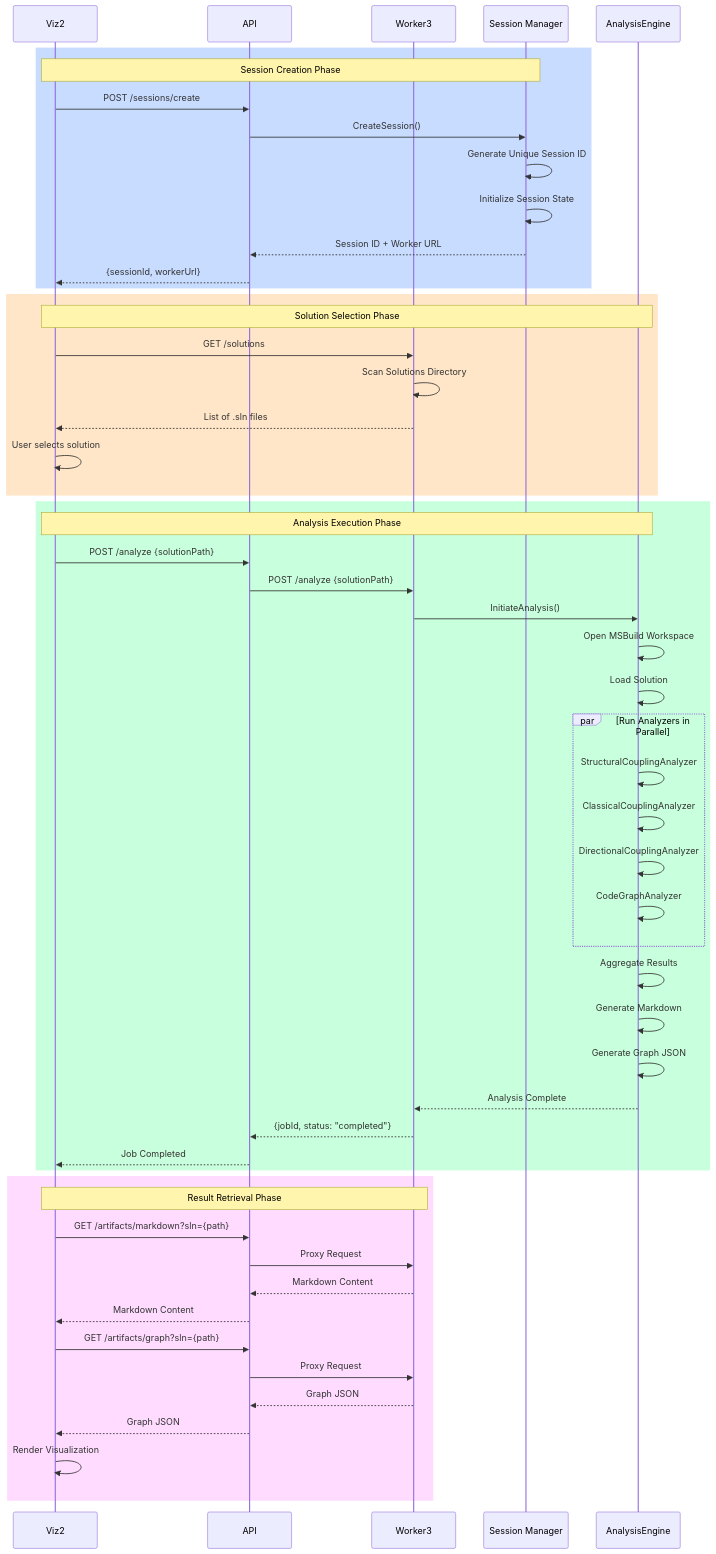
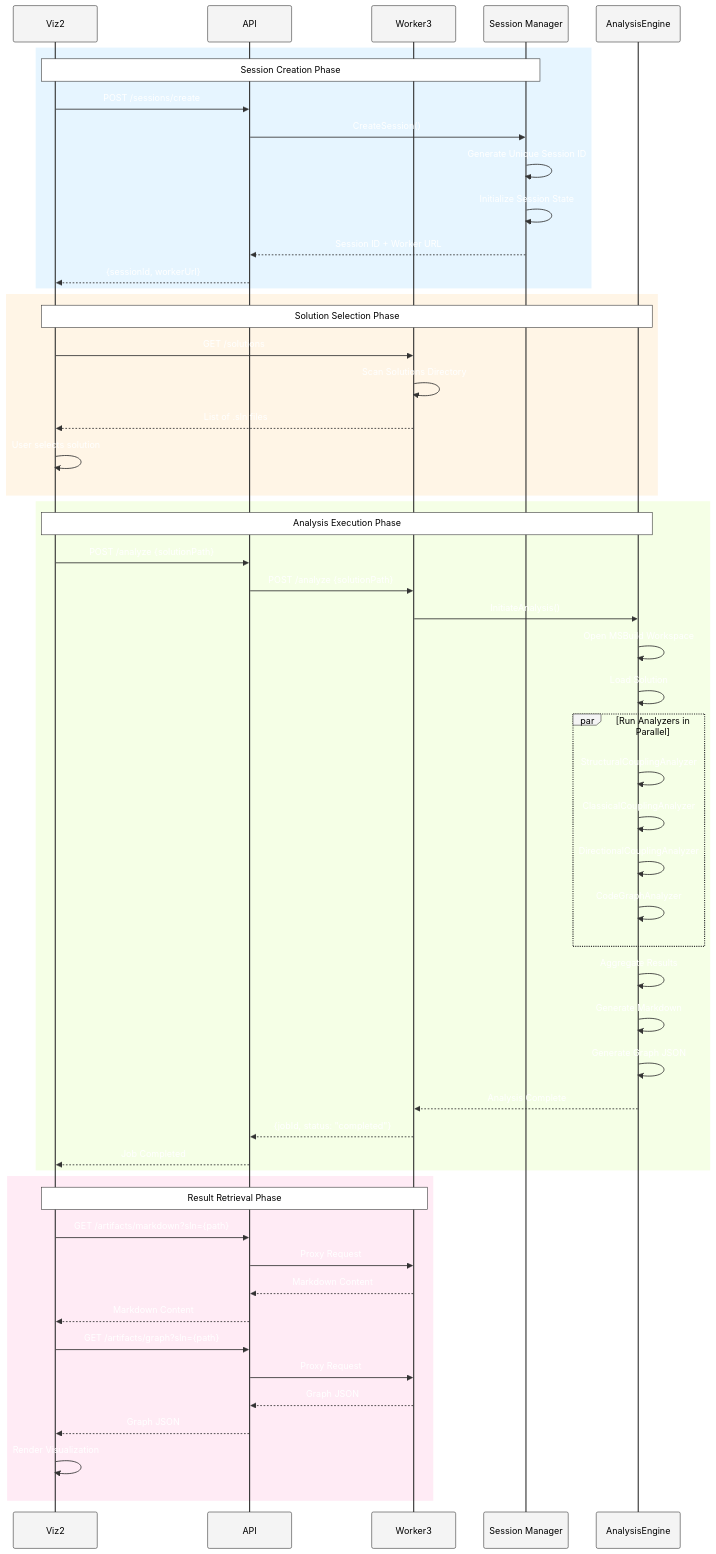
One commit to FrenchExDev/FrenchExDev.Net changed the third of 3 diagrams in CSharp.ProjectDependency5/doc/ARCHITECTURE.md. Above: the diagram before and after it, drawn with Mermaid. The commit also changed other lines of this file and 4 other files, not shown here.

````diff
--- a/CSharp.ProjectDependency5/doc/ARCHITECTURE.md
+++ b/CSharp.ProjectDependency5/doc/ARCHITECTURE.md
@@ -151,65 +177,66 @@
 ```mermaid
+%%{init: {'theme':'base', 'themeVariables': { 'fontFamily':'arial','fontSize':'14px','primaryColor':'#fff','primaryTextColor':'#000','primaryBorderColor':'#333','lineColor':'#333','secondaryColor':'#fff','tertiaryColor':'#fff','noteTextColor':'#000','noteBkgColor':'#fff','noteBorderColor':'#333','actorBkg':'#f4f4f4','actorBorder':'#333','actorTextColor':'#000','actorLineColor':'#333','signalColor':'#333','signalTextColor':'#fff','labelBoxBkgColor':'#f4f4f4','labelBoxBorderColor':'#333','labelTextColor':'#000','loopTextColor':'#000','activationBorderColor':'#333','activationBkgColor':'#e8e8e8','sequenceNumberColor':'#fff','altLabelBkgColor':'#f4f4f4','altLabelBorderColor':'#333'}}}%%
 sequenceDiagram
     participant Viz2
     participant API
     participant Worker3
     participant SessionMgr as Session Manager
     participant AnalysisEngine
 
-    rect rgb(200, 220, 255)
+    rect rgb(230, 245, 255)
     Note over Viz2,SessionMgr: Session Creation Phase
     Viz2->>API: POST /sessions/create
     API->>SessionMgr: CreateSession()
     SessionMgr->>SessionMgr: Generate Unique Session ID
     SessionMgr->>SessionMgr: Initialize Session State
     SessionMgr-->>API: Session ID + Worker URL
     API-->>Viz2: {sessionId, workerUrl}
     end
 
-    rect rgb(255, 230, 200)
+    rect rgb(255, 245, 230)
     Note over Viz2,AnalysisEngine: Solution Selection Phase
     Viz2->>Worker3: GET /solutions
     Worker3->>Worker3: Scan Solutions Directory
     Worker3-->>Viz2: List of .sln files
     Viz2->>Viz2: User selects solution
     end
 
-    rect rgb(200, 255, 220)
+    rect rgb(245, 255, 230)
     Note over Viz2,AnalysisEngine: Analysis Execution Phase
     Viz2->>API: POST /analyze {solutionPath}
     API->>Worker3: POST /analyze {solutionPath}
     Worker3->>AnalysisEngine: InitiateAnalysis()
     
     AnalysisEngine->>AnalysisEngine: Open MSBuild Workspace
     AnalysisEngine->>AnalysisEngine: Load Solution
     
     par Run Analyzers in Parallel
         AnalysisEngine->>AnalysisEngine: StructuralCouplingAnalyzer
         AnalysisEngine->>AnalysisEngine: ClassicalCouplingAnalyzer
         AnalysisEngine->>AnalysisEngine: DirectionalCouplingAnalyzer
         AnalysisEngine->>AnalysisEngine: CodeGraphAnalyzer
     end
     
     AnalysisEngine->>AnalysisEngine: Aggregate Results
     AnalysisEngine->>AnalysisEngine: Generate Markdown
     AnalysisEngine->>AnalysisEngine: Generate Graph JSON
     AnalysisEngine-->>Worker3: Analysis Complete
     Worker3-->>API: {jobId, status: "completed"}
     API-->>Viz2: Job Completed
     end
 
-    rect rgb(255, 220, 255)
+    rect rgb(255, 235, 245)
     Note over Viz2,Worker3: Result Retrieval Phase
     Viz2->>API: GET /artifacts/markdown?sln={path}
     API->>Worker3: Proxy Request
     Worker3-->>API: Markdown Content
     API-->>Viz2: Markdown Content
     
     Viz2->>API: GET /artifacts/graph?sln={path}
     API->>Worker3: Proxy Request
     Worker3-->>API: Graph JSON
     API-->>Viz2: Graph JSON
     
     Viz2->>Viz2: Render Visualization
     end
 ```
````
